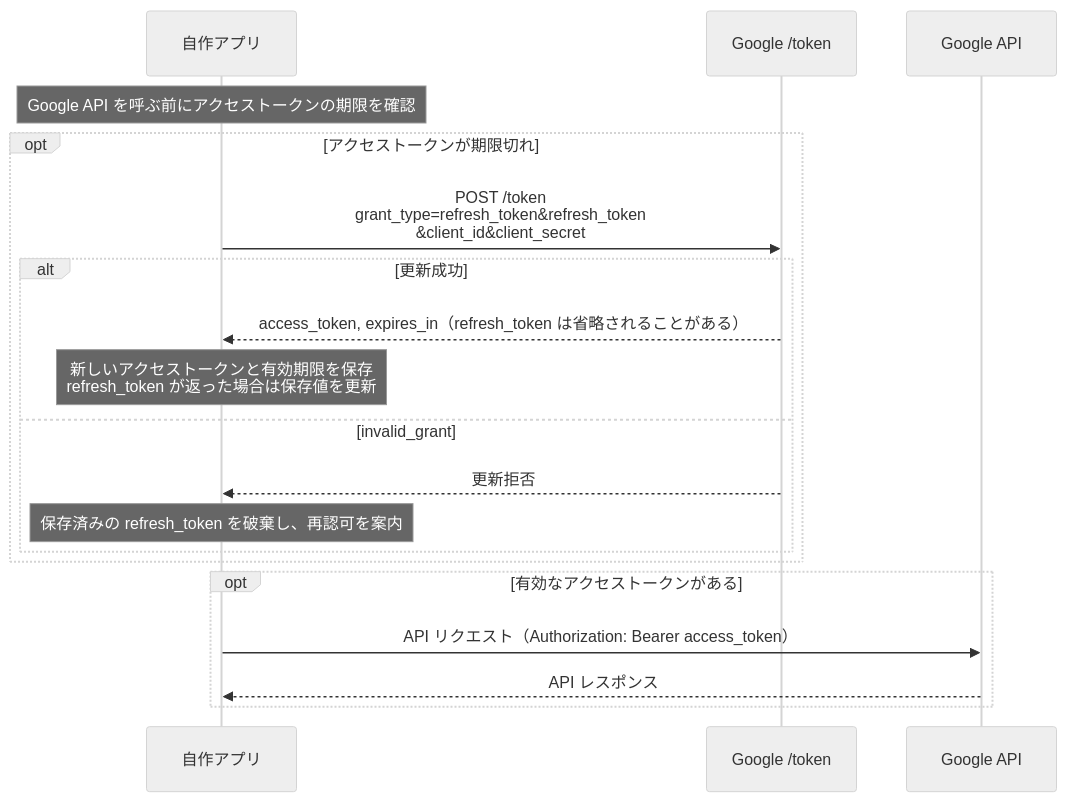
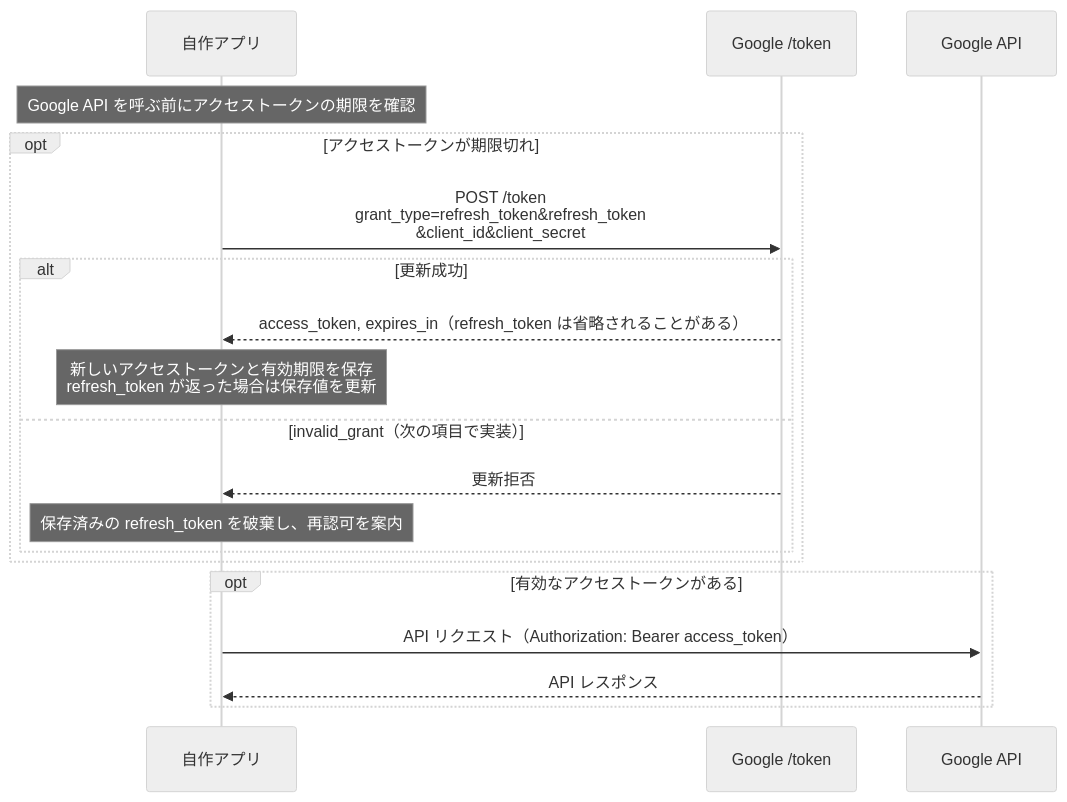
One commit to Da-1kun/study-Auth changed the second of 2 diagrams in README.md. Above: the diagram before and after it, drawn with Mermaid (neutral theme). The commit also changed other lines of this file and 3 other files, not shown here.

````diff
--- a/README.md
+++ b/README.md
@@ -81,22 +81,22 @@
 ```mermaid
 sequenceDiagram
     participant A as 自作アプリ
     participant T as Google /token
     participant G as Google API
 
     Note over A: Google API を呼ぶ前にアクセストークンの期限を確認
     opt アクセストークンが期限切れ
         A->>T: POST /token<br/>grant_type=refresh_token&refresh_token<br/>&client_id&client_secret
         alt 更新成功
             T-->>A: access_token, expires_in（refresh_token は省略されることがある）
             Note over A: 新しいアクセストークンと有効期限を保存<br/>refresh_token が返った場合は保存値を更新
-        else invalid_grant
+        else invalid_grant（次の項目で実装）
             T-->>A: 更新拒否
             Note over A: 保存済みの refresh_token を破棄し、再認可を案内
         end
     end
     opt 有効なアクセストークンがある
         A->>G: API リクエスト（Authorization: Bearer access_token）
         G-->>A: API レスポンス
     end
 ```
````
